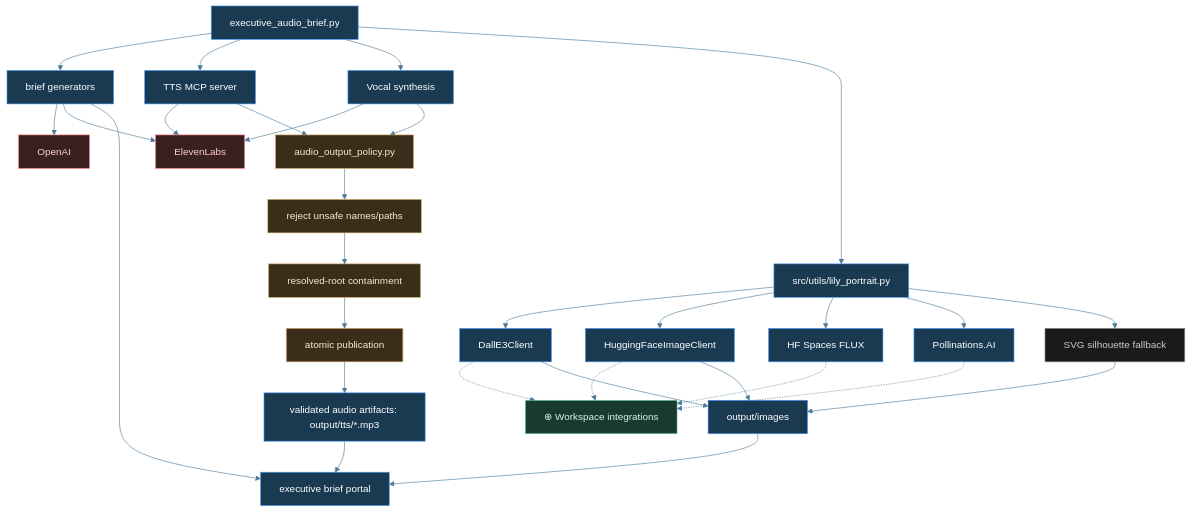
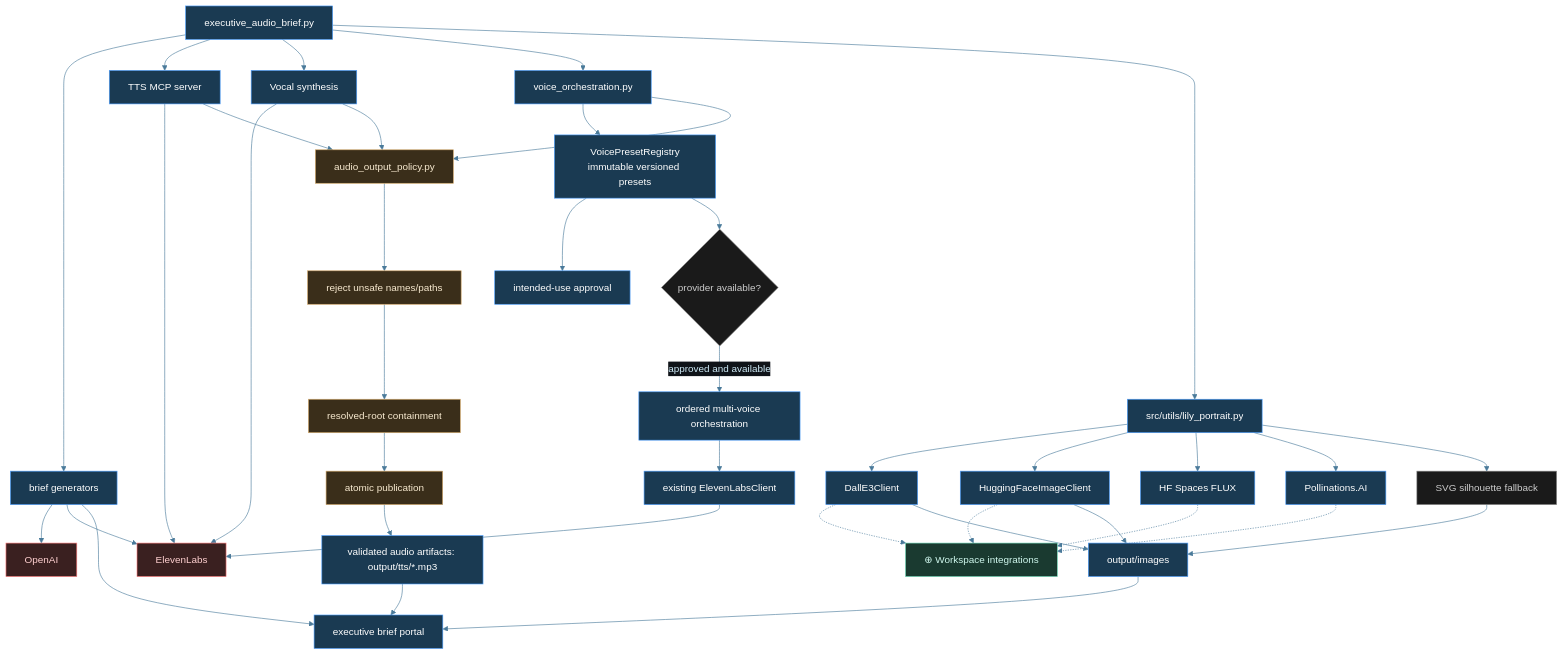
Before and after one commit to tylerdrakemusic/-Workspace: the diagram in diagrams/manifest-derived-media-pipeline.mmd, drawn with Mermaid. The commit also changed 3 other files, not shown here.

Commit message:
⊕ workspace: FR-20260830 correct voice preset diagram inventory

```diff
--- a/diagrams/manifest-derived-media-pipeline.mmd
+++ b/diagrams/manifest-derived-media-pipeline.mmd
@@ -1,43 +1,52 @@
 %%{init: {'theme': 'base', 'themeVariables': {'primaryColor': '#1a2e3a', 'primaryTextColor': '#d0ecf8', 'edgeLabelBackground': '#0f1318', 'lineColor': '#4a7a9a'}}}%%
 %% is_derived_view=true
 %% Traceability.parent: diagrams/manifest-architecture.mmd
 graph TB
     Tools[executive_audio_brief.py] --> Briefs[brief generators]
     Tools --> MCP[TTS MCP server]
     Tools --> Vocal[Vocal synthesis]
+    Tools --> VoiceOrchestration[voice_orchestration.py]
+    VoiceOrchestration --> VoiceRegistry[VoicePresetRegistry<br/>immutable versioned presets]
+    VoiceRegistry --> PresetApproval[intended-use approval]
+    VoiceRegistry --> AvailabilityGate{provider available?}
+    AvailabilityGate -->|approved and available| OrderedVoices[ordered multi-voice orchestration]
+    OrderedVoices --> ElevenLabsClient[existing ElevenLabsClient]
     Briefs --> OpenAI[OpenAI]
     Briefs --> ElevenLabs[ElevenLabs]
     Tools --> Lily[src/utils/lily_portrait.py]
     Lily --> DallE3[DallE3Client]
     Lily --> HFImage[HuggingFaceImageClient]
     Lily --> HFSpaces[HF Spaces FLUX]
     Lily --> Pollinations[Pollinations.AI]
     Lily --> Fallback[SVG silhouette fallback]
     DallE3 -.-> WS[⊕ Workspace integrations]
     HFImage -.-> WS
     HFSpaces -.-> WS
     Pollinations -.-> WS
     DallE3 --> Images[output/images]
     HFImage --> Images
     Fallback --> Images
     Images --> Portal[executive brief portal]
     MCP --> ElevenLabs
     Vocal --> ElevenLabs
+    ElevenLabsClient --> ElevenLabs
+    VoiceOrchestration --> AudioPolicy
     MCP --> AudioPolicy[audio_output_policy.py]
     Vocal --> AudioPolicy
     AudioPolicy --> Reject[reject unsafe names/paths]
     Reject --> RootContainment[resolved-root containment]
     RootContainment --> AtomicPublish[atomic publication]
     AtomicPublish --> AudioOut[validated audio artifacts: output/tts/*.mp3]
     AudioOut --> Portal
     Briefs --> Portal
 classDef orch fill:#1a3a52,stroke:#4a9eff,color:#fff
 classDef ws fill:#1a3a30,stroke:#6ad4b4,color:#d0f8ee
 classDef ext fill:#3a2020,stroke:#ff7a7a,color:#ffd0d0
 classDef manifest fill:#3a2e1a,stroke:#d4a96a,color:#f8ead0
 classDef state fill:#1a1a1a,stroke:#888888,color:#cccccc
-    class Tools,Briefs,MCP,Vocal,Lily,DallE3,HFImage,HFSpaces,Pollinations,Images,Portal,AudioOut orch
+    class Tools,Briefs,MCP,Vocal,VoiceOrchestration,VoiceRegistry,PresetApproval,OrderedVoices,ElevenLabsClient,Lily,DallE3,HFImage,HFSpaces,Pollinations,Images,Portal,AudioOut orch
+    class AvailabilityGate state
     class AudioPolicy,Reject,RootContainment,AtomicPublish manifest
     class Fallback state
     class WS ws
     class OpenAI,ElevenLabs ext
```
